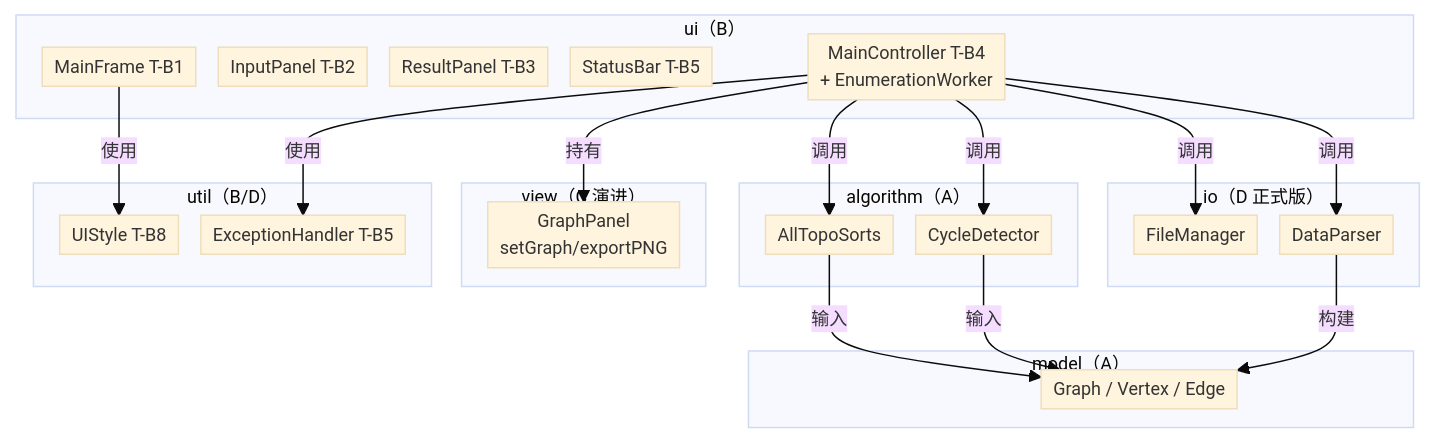
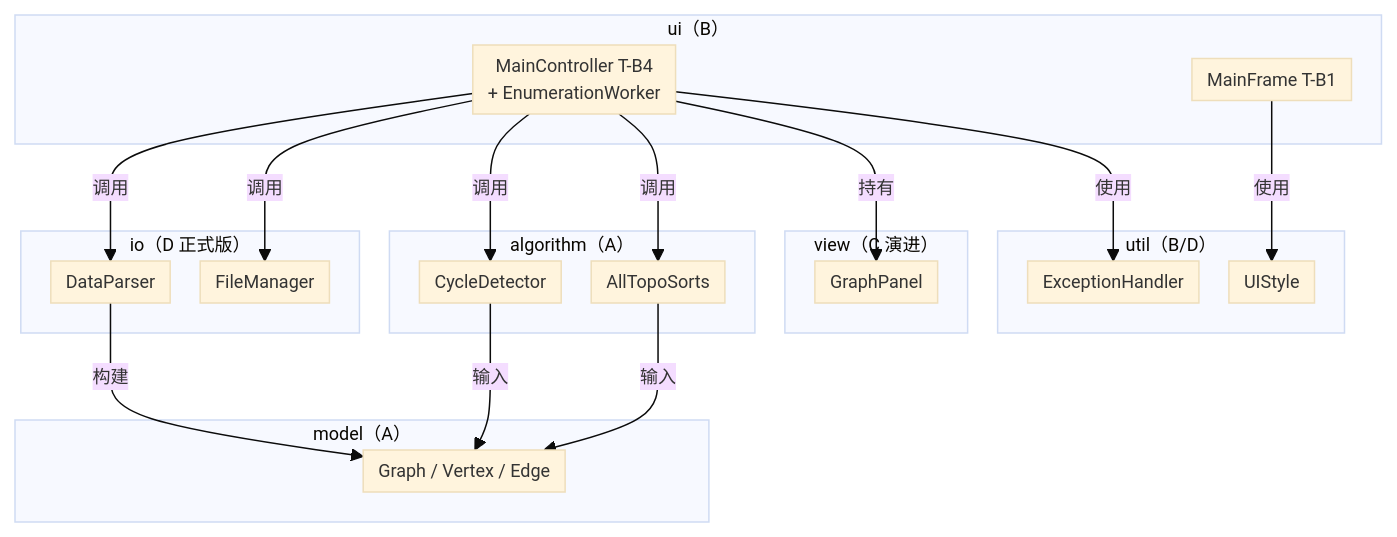
Before and after one commit to yyj138/topological-sort: the fifth of 7 diagrams in docs/详细设计报告-GUI.md, drawn with Mermaid.

Commit message:
【T-B】§4.1类结构图优化：rankSpacing加大到40避免线与标题重叠；ui包只保留MainFrame/MainController两个关键节点减少连线密度；subgraph标题不再被线遮挡

````diff
--- a/docs/详细设计报告-GUI.md
+++ b/docs/详细设计报告-GUI.md
@@ -228,39 +228,36 @@
 ```mermaid
-%%{init: {'theme':'base','themeVariables':{'fontSize':'12px'},'flowchart':{'nodeSpacing':15,'rankSpacing':25,'padding':4}}}%%
+%%{init: {'theme':'base','themeVariables':{'fontSize':'12px'},'flowchart':{'nodeSpacing':20,'rankSpacing':40,'padding':5}}}%%
 flowchart TB
     subgraph ui["ui（B）"]
+        MC["MainController T-B4<br/>+ EnumerationWorker"]
         MF["MainFrame T-B1"]
-        IP["InputPanel T-B2"]
-        RP["ResultPanel T-B3"]
-        SB["StatusBar T-B5"]
-        MC["MainController T-B4<br/>+ EnumerationWorker"]
     end
     subgraph view["view（C 演进）"]
-        GP["GraphPanel<br/>setGraph/exportPNG"]
+        GP["GraphPanel"]
     end
     subgraph util["util（B/D）"]
-        US["UIStyle T-B8"]
-        EH["ExceptionHandler T-B5"]
+        EH["ExceptionHandler"]
+        US["UIStyle"]
     end
     subgraph io["io（D 正式版）"]
         DP["DataParser"]
         FM["FileManager"]
     end
-    subgraph model["model（A）"]
-        G["Graph / Vertex / Edge"]
-    end
     subgraph algorithm["algorithm（A）"]
         CD["CycleDetector"]
         ATS["AllTopoSorts"]
+    end
+    subgraph model["model（A）"]
+        G["Graph / Vertex / Edge"]
     end
     MC -->|调用| DP
     MC -->|调用| FM
     MC -->|调用| CD
     MC -->|调用| ATS
     MC -->|持有| GP
     MC -->|使用| EH
     MF -->|使用| US
     DP -->|构建| G
     CD -->|输入| G
     ATS -->|输入| G
 ```
````
